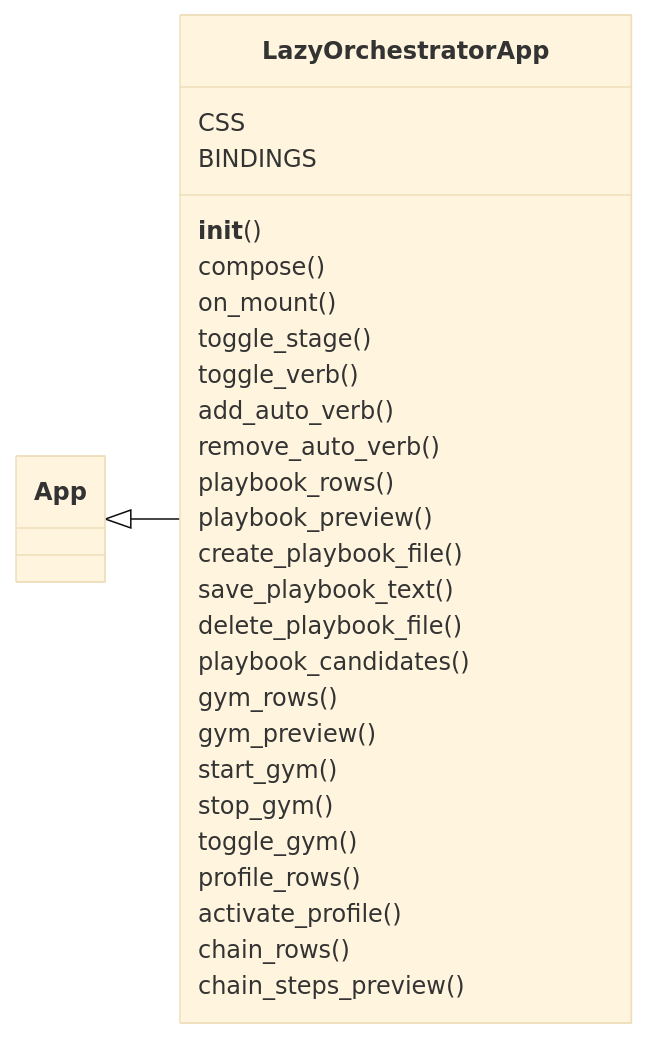
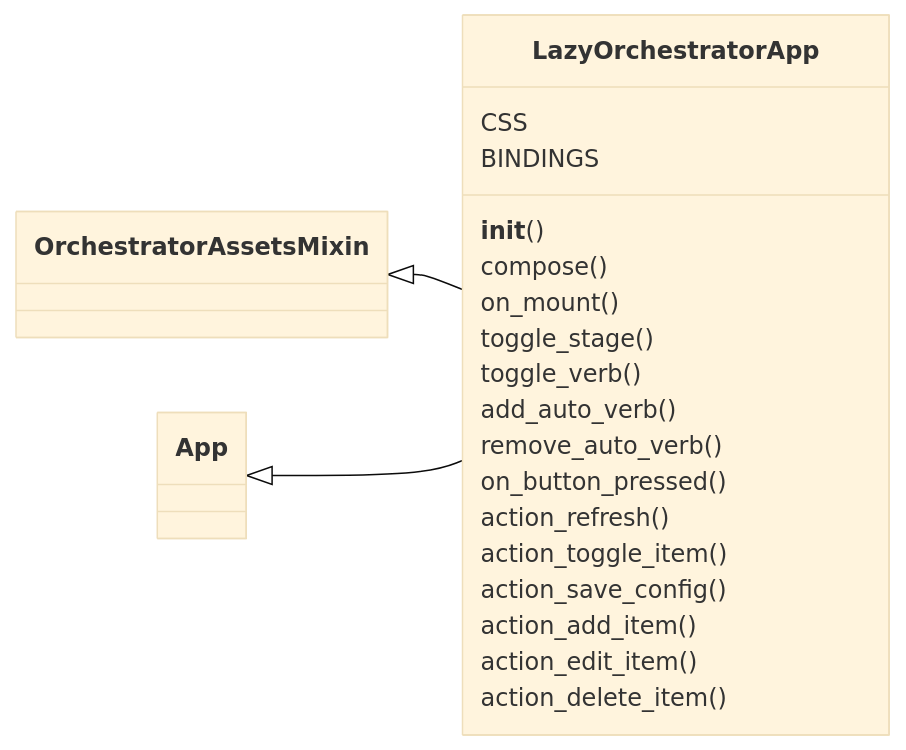
One commit to grisuno/LazyOwn changed the first of 2 diagrams in readmenator-apidocs/modules/cli.lazy_orchestrator.py.md. Above: the diagram before and after it, drawn with Mermaid (base theme). The commit also changed other lines of this file and 378 other files, not shown here.

````diff
--- a/readmenator-apidocs/modules/cli.lazy_orchestrator.py.md
+++ b/readmenator-apidocs/modules/cli.lazy_orchestrator.py.md
@@ -31,31 +29,25 @@
 ```mermaid
 classDiagram
     direction LR
     class LazyOrchestratorApp
     LazyOrchestratorApp : CSS
     LazyOrchestratorApp : BINDINGS
     LazyOrchestratorApp : __init__()
     LazyOrchestratorApp : compose()
     LazyOrchestratorApp : on_mount()
     LazyOrchestratorApp : toggle_stage()
     LazyOrchestratorApp : toggle_verb()
     LazyOrchestratorApp : add_auto_verb()
     LazyOrchestratorApp : remove_auto_verb()
-    LazyOrchestratorApp : playbook_rows()
-    LazyOrchestratorApp : playbook_preview()
-    LazyOrchestratorApp : create_playbook_file()
-    LazyOrchestratorApp : save_playbook_text()
-    LazyOrchestratorApp : delete_playbook_file()
-    LazyOrchestratorApp : playbook_candidates()
-    LazyOrchestratorApp : gym_rows()
-    LazyOrchestratorApp : gym_preview()
-    LazyOrchestratorApp : start_gym()
-    LazyOrchestratorApp : stop_gym()
-    LazyOrchestratorApp : toggle_gym()
-    LazyOrchestratorApp : profile_rows()
-    LazyOrchestratorApp : activate_profile()
-    LazyOrchestratorApp : chain_rows()
-    LazyOrchestratorApp : chain_steps_preview()
+    LazyOrchestratorApp : on_button_pressed()
+    LazyOrchestratorApp : action_refresh()
+    LazyOrchestratorApp : action_toggle_item()
+    LazyOrchestratorApp : action_save_config()
+    LazyOrchestratorApp : action_add_item()
+    LazyOrchestratorApp : action_edit_item()
+    LazyOrchestratorApp : action_delete_item()
+    class OrchestratorAssetsMixin
+    OrchestratorAssetsMixin <|-- LazyOrchestratorApp
     class App
     App <|-- LazyOrchestratorApp
 ```
````
